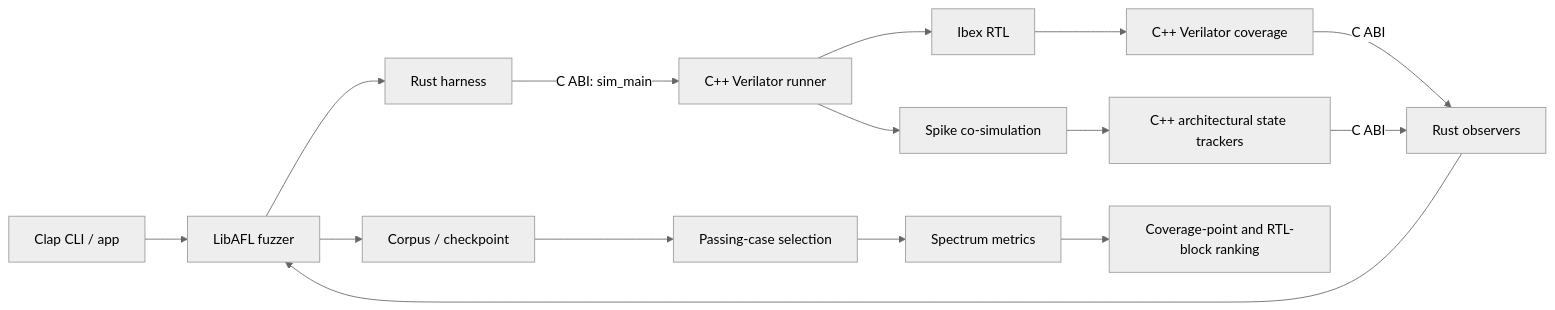
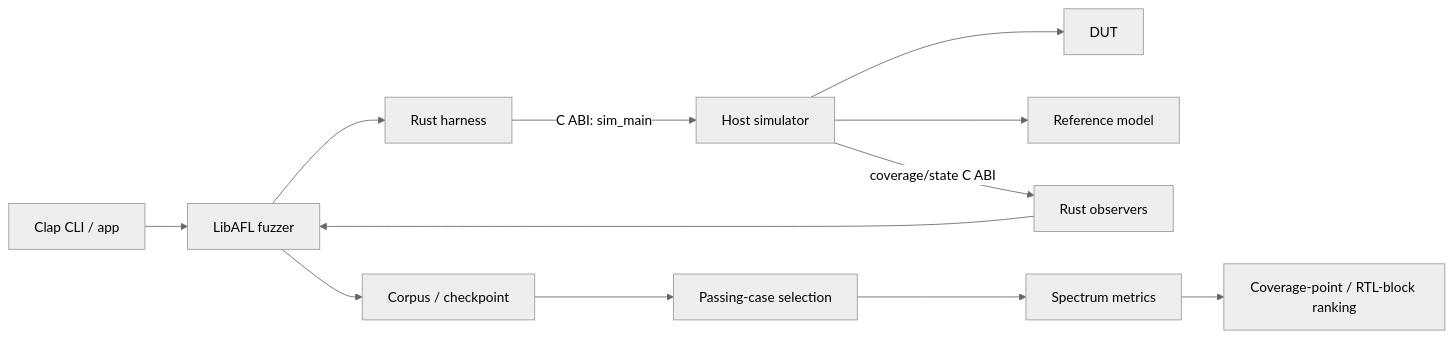
The diagram in docs/01-architecture.md (E1PsyCongroo/cpusbfl), drawn with Mermaid (neutral theme) before and after one commit. The commit also changed other lines of this file and 9 other files, not shown here.

````diff
--- a/docs/01-architecture.md
+++ b/docs/01-architecture.md
@@ -19,17 +21,14 @@
 ```mermaid
 flowchart LR
     CLI[Clap CLI / app] --> Fuzzer[LibAFL fuzzer]
     Fuzzer --> Harness[Rust harness]
-    Harness -->|C ABI: sim_main| Sim[C++ Verilator runner]
-    Sim --> DUT[Ibex RTL]
-    Sim --> REF[Spike co-simulation]
-    DUT --> Cov[C++ Verilator coverage]
-    REF --> State[C++ architectural state trackers]
-    Cov -->|C ABI| Obs[Rust observers]
-    State -->|C ABI| Obs
+    Harness -->|C ABI: sim_main| Host[Host simulator]
+    Host --> DUT[DUT]
+    Host --> REF[Reference model]
+    Host -->|coverage/state C ABI| Obs[Rust observers]
     Obs --> Fuzzer
     Fuzzer --> Corpus[Corpus / checkpoint]
     Corpus --> Select[Passing-case selection]
     Select --> SBFL[Spectrum metrics]
-    SBFL --> RTL[Coverage-point and RTL-block ranking]
+    SBFL --> RTL[Coverage-point / RTL-block ranking]
 ```
````
